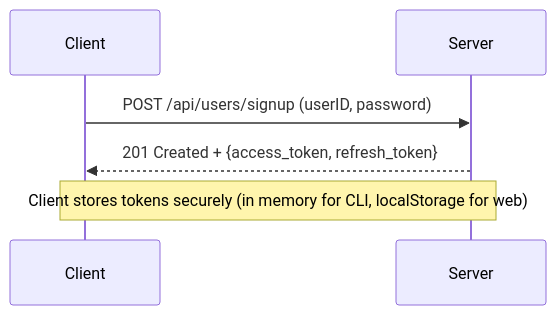
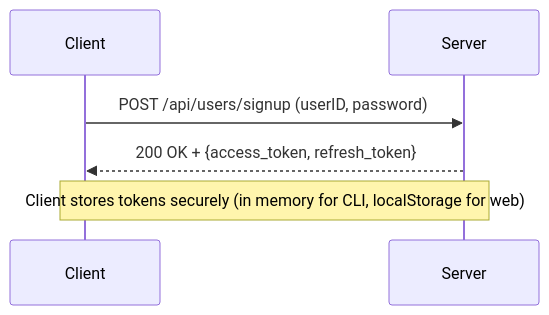
One commit to funduck/tic-tac-toe changed the second of 4 diagrams in README.md. Above: the diagram before and after it, drawn with Mermaid. The commit also changed 4 other files, not shown here.

````diff
--- a/README.md
+++ b/README.md
@@ -167,7 +167,7 @@
 ```mermaid
 sequenceDiagram
 Client ->> Server: POST /api/users/signup (userID, password)
-Server -->> Client: 201 Created + {access_token, refresh_token}
+Server -->> Client: 200 OK + {access_token, refresh_token}
 
 Note over Client, Server: Client stores tokens securely (in memory for CLI, localStorage for web)
 ```
````
